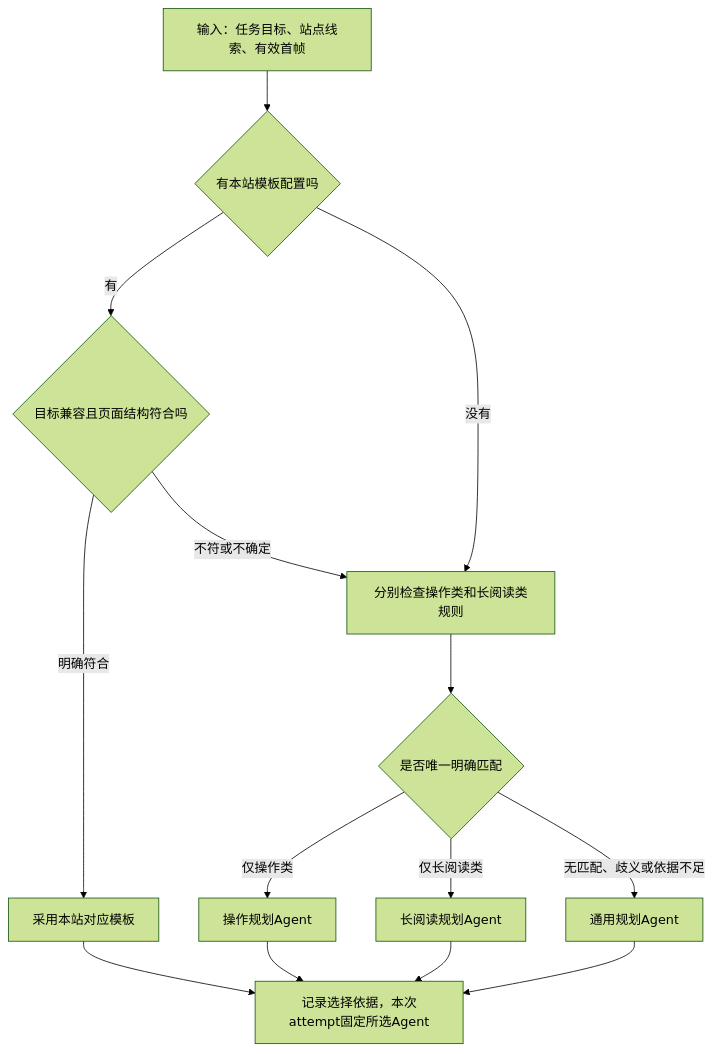
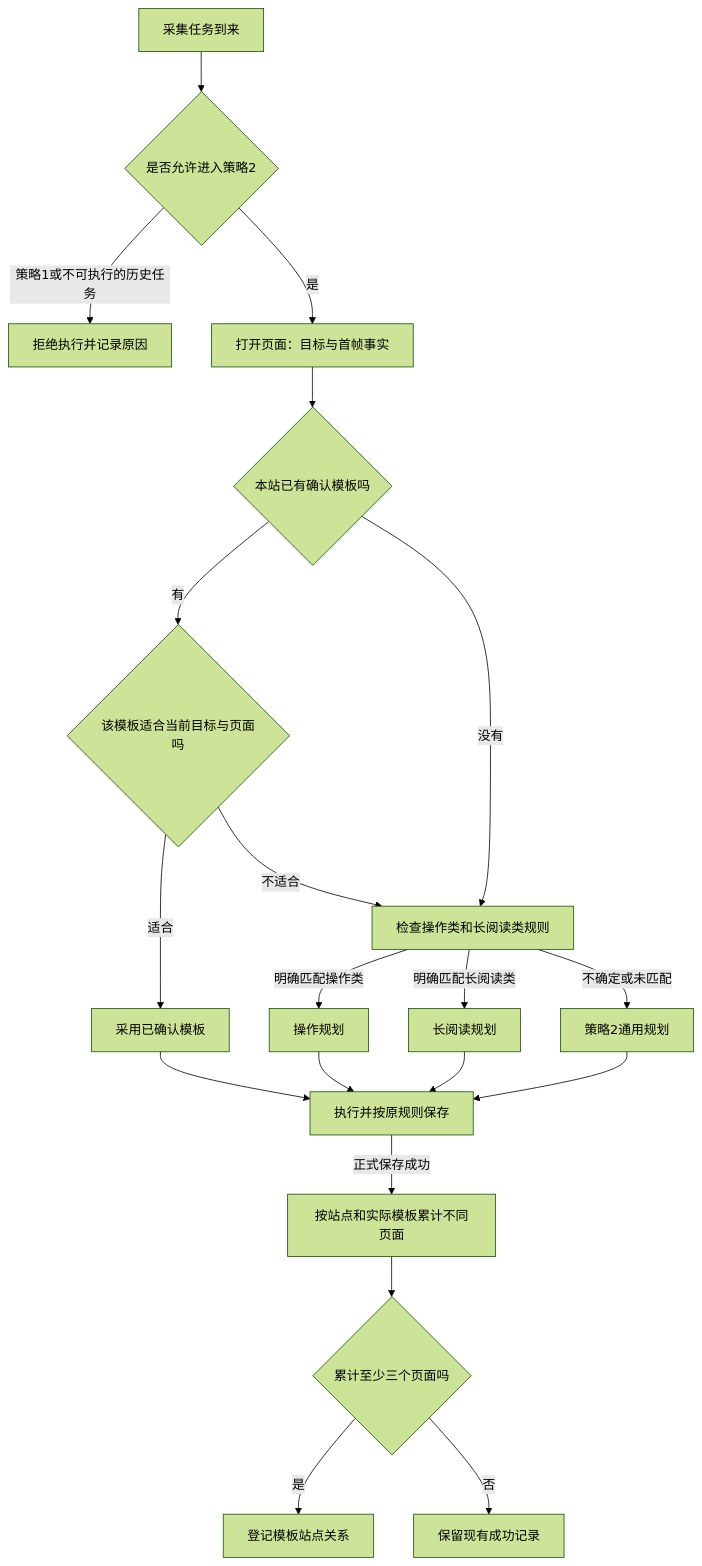
The second of 2 diagrams in docs/策略2子规划Agent与模板匹配设计-20261115.md (askingwindy/web_info_collection), drawn with Mermaid (forest theme) before and after one commit. The commit also changed other lines of this file and 10 other files, not shown here.

````diff
--- a/docs/策略2子规划Agent与模板匹配设计-20261115.md
+++ b/docs/策略2子规划Agent与模板匹配设计-20261115.md
@@ -111,16 +126,22 @@
 ```mermaid
 flowchart TD
-    A[输入：任务目标、站点线索、有效首帧] --> B{有本站模板配置吗}
-    B -->|有| C{目标兼容且页面结构符合吗}
-    C -->|明确符合| D[采用本站对应模板]
-    B -->|没有| E[分别检查操作类和长阅读类规则]
-    C -->|不符或不确定| E
-    E --> F{是否唯一明确匹配}
-    F -->|仅操作类| G[操作规划Agent]
-    F -->|仅长阅读类| H[长阅读规划Agent]
-    F -->|无匹配、歧义或依据不足| I[通用规划Agent]
-    D --> J[记录选择依据，本次attempt固定所选Agent]
-    G --> J
-    H --> J
-    I --> J
+    Q[采集任务到来] --> V{是否允许进入策略2}
+    V -->|策略1或不可执行的历史任务| X[拒绝执行并记录原因]
+    V -->|是| A[打开页面：目标与首帧事实]
+    A --> B{本站已有确认模板吗}
+    B -->|有| C{该模板适合当前目标与页面吗}
+    C -->|适合| D[采用已确认模板]
+    C -->|不适合| E[检查操作类和长阅读类规则]
+    B -->|没有| E
+    E -->|明确匹配操作类| F[操作规划]
+    E -->|明确匹配长阅读类| G[长阅读规划]
+    E -->|不确定或未匹配| H[策略2通用规划]
+    D --> I[执行并按原规则保存]
+    F --> I
+    G --> I
+    H --> I
+    I -->|正式保存成功| J[按站点和实际模板累计不同页面]
+    J --> K{累计至少三个页面吗}
+    K -->|是| L[登记模板站点关系]
+    K -->|否| M[保留现有成功记录]
 ```
````
